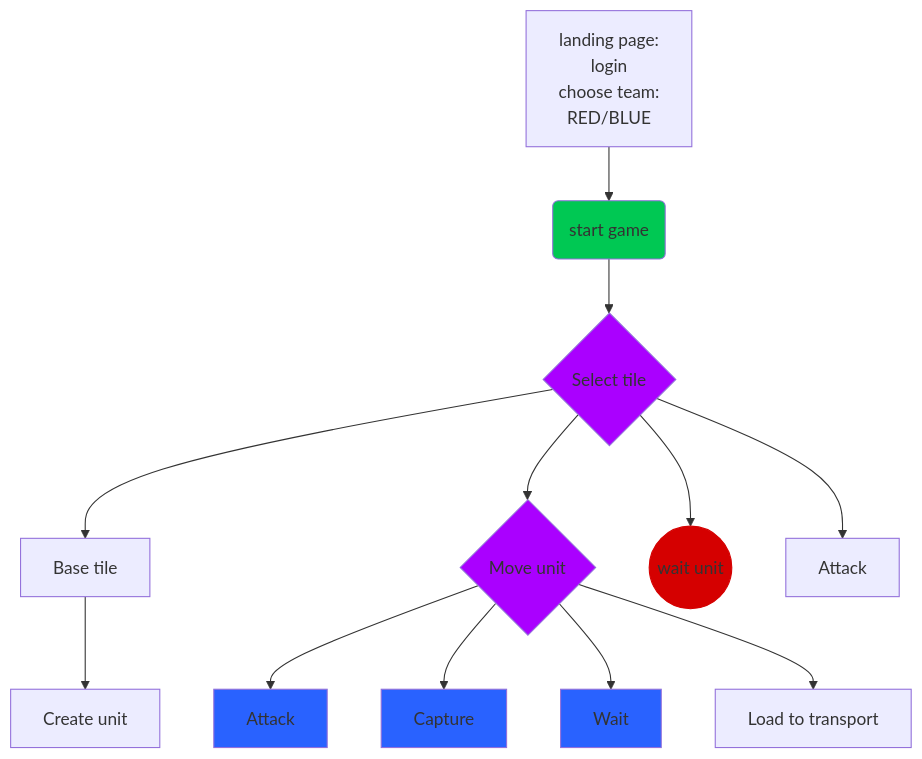
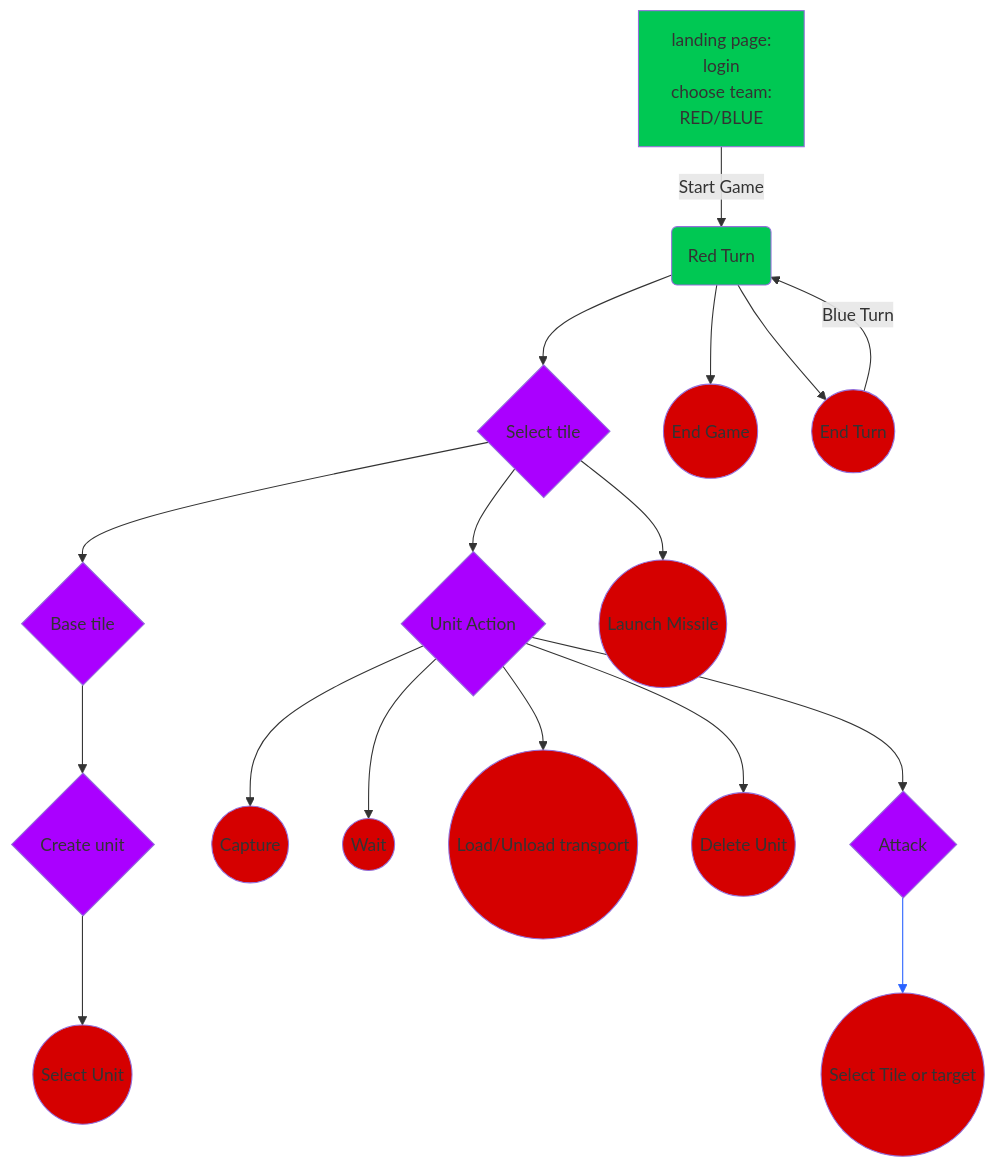
Before and after one commit to codeista/aw-rpc: the diagram in flowchart.md, drawn with Mermaid.

Commit message:
update flowchart

````diff
--- a/flowchart.md
+++ b/flowchart.md
@@ -1,21 +1,28 @@
 ```mermaid
 flowchart TD
-    A["landing page:<br/>login<br/>choose team:<br/>RED/BLUE"] --> B("start game")
-    B --> C{"Select tile"}
-    C --> D["Base tile"]
-    C --> E{"Move unit"}
-    C --> F(("wait unit"))
-    C --> G["Attack"]
-    E --> H["Attack"]
-    E --> I["Capture"]
-    E --> J["Wait"]
-    E --> K["Load to transport"]
-    D --> L["Create unit"]
+    A["landing page:<br>login<br>choose team:<br>RED/BLUE"] -- Start Game --> B("Red Turn")
+    B --> C{"Select tile"} & Q(("End Game")) & X(("End Turn"))
+    C --> D{"Base tile"} & E{"Unit Action"} & O(("Launch Missile"))
+    E --> G{"Attack"} & I(("Capture")) & J(("Wait")) & K(("Load/Unload transport")) & P(("Delete Unit"))
+    D --> L{"Create unit"}
+    L --> N(("Select Unit"))
+    G --> M(("Select Tile or target"))
+    X -- Blue Turn --> B
+    style A fill:#00C853
     style B fill:#00C853
     style C fill:#AA00FF
+    style Q fill:#D50000
+    style X fill:#D50000
+    style D fill:#AA00FF
     style E fill:#AA00FF
-    style F stroke:#D50000,fill:#D50000
-    style H fill:#2962FF
-    style I fill:#2962FF
-    style J fill:#2962FF
+    style O fill:#D50000
+    style G fill:#AA00FF
+    style I fill:#D50000
+    style J fill:#D50000
+    style K fill:#D50000
+    style P fill:#D50000
+    style L fill:#AA00FF
+    style N fill:#D50000
+    style M fill:#D50000
+    linkStyle 14 stroke:#2962FF,fill:none
 ```
````
